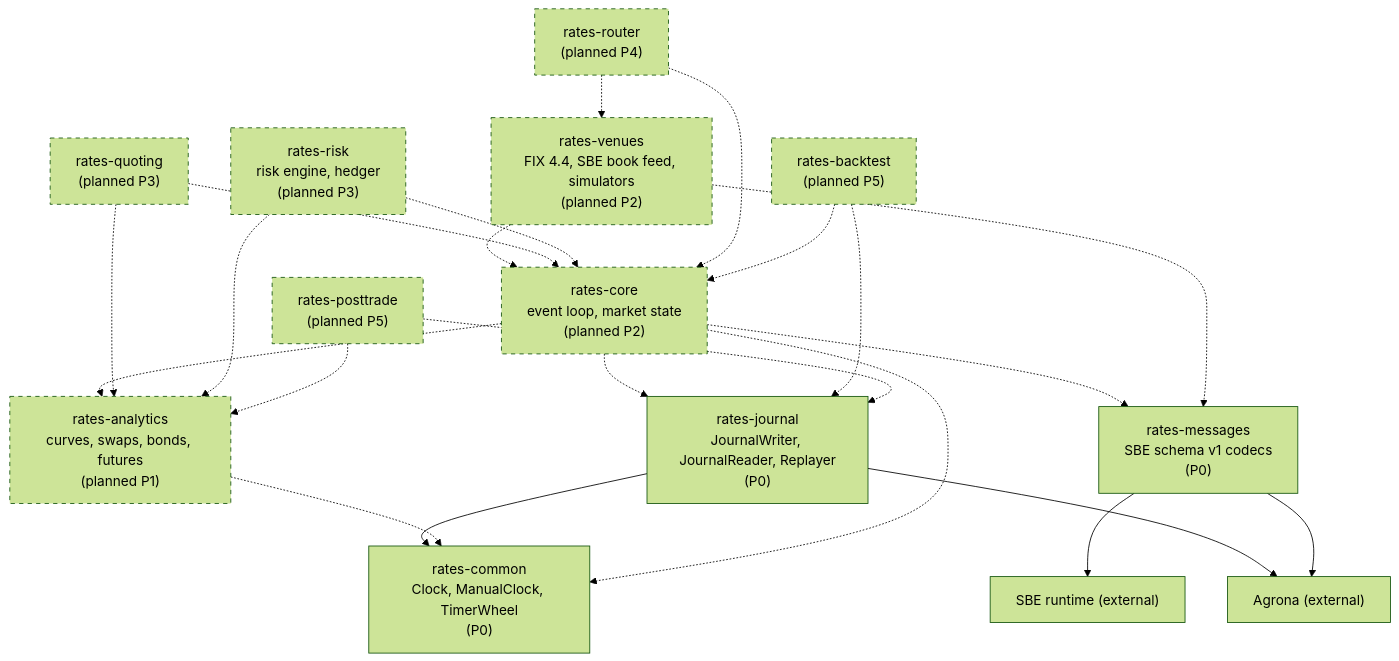
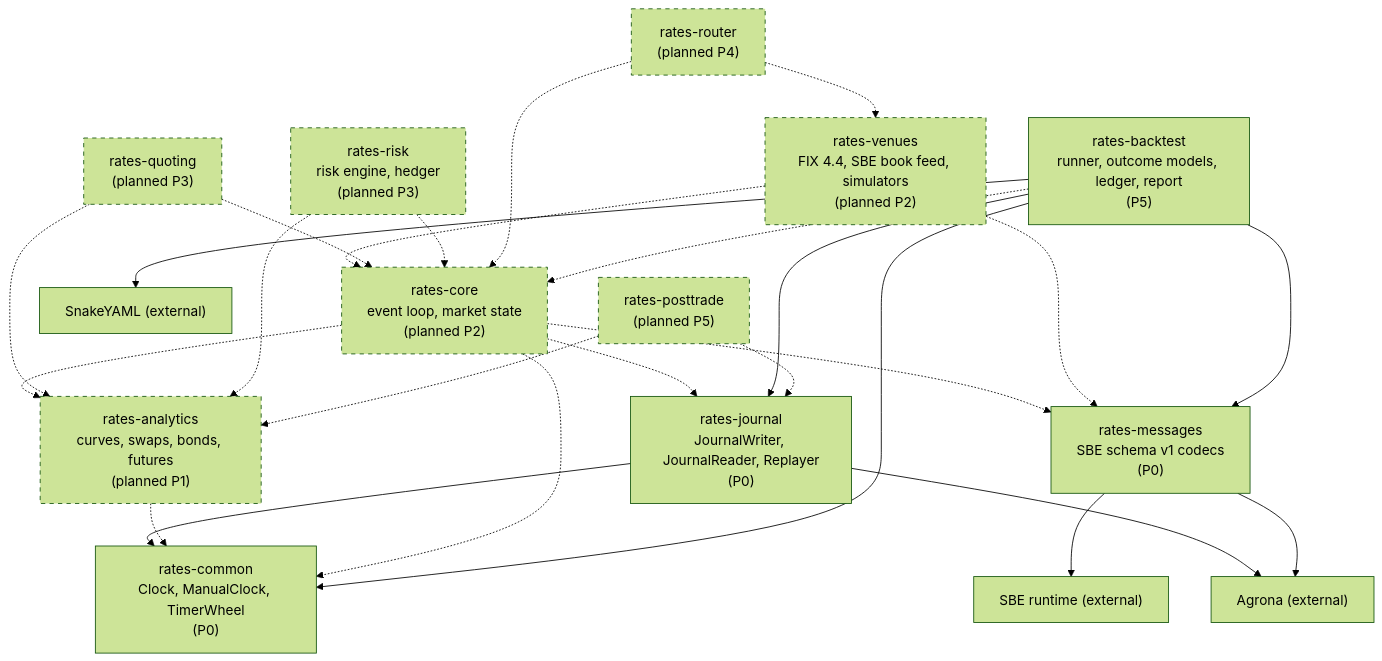
One commit to AshJha0/rates-algo-trading changed the diagram in docs/diagrams/module_deps.mmd. Above: the diagram before and after it, drawn with Mermaid (forest theme). The commit also changed 18 other files, not shown here.

Commit message:
docs(p5): LEARN 10, API_SPEC 16, architecture, decisions DR-P5-01..07, status, changelog, sources, weekly review template

```diff
--- a/docs/diagrams/module_deps.mmd
+++ b/docs/diagrams/module_deps.mmd
@@ -1,41 +1,45 @@
 graph TD
   common["rates-common<br/>Clock, ManualClock, TimerWheel<br/>(P0)"]
   messages["rates-messages<br/>SBE schema v1 codecs<br/>(P0)"]
   journal["rates-journal<br/>JournalWriter, JournalReader, Replayer<br/>(P0)"]
   agrona["Agrona (external)"]
   sbe["SBE runtime (external)"]
 
   analytics["rates-analytics<br/>curves, swaps, bonds, futures<br/>(planned P1)"]
   core["rates-core<br/>event loop, market state<br/>(planned P2)"]
   venues["rates-venues<br/>FIX 4.4, SBE book feed, simulators<br/>(planned P2)"]
   quoting["rates-quoting<br/>(planned P3)"]
   risk["rates-risk<br/>risk engine, hedger<br/>(planned P3)"]
   router["rates-router<br/>(planned P4)"]
-  backtest["rates-backtest<br/>(planned P5)"]
+  backtest["rates-backtest<br/>runner, outcome models, ledger, report<br/>(P5)"]
+  snakeyaml["SnakeYAML (external)"]
   posttrade["rates-posttrade<br/>(planned P5)"]
 
   journal --> common
   journal --> agrona
   messages --> sbe
   messages --> agrona
 
   analytics -.-> common
   core -.-> common
   core -.-> messages
   core -.-> journal
   core -.-> analytics
   venues -.-> messages
   venues -.-> core
   quoting -.-> core
   quoting -.-> analytics
   risk -.-> core
   risk -.-> analytics
   router -.-> core
   router -.-> venues
-  backtest -.-> journal
+  backtest --> journal
+  backtest --> messages
+  backtest --> common
+  backtest --> snakeyaml
   backtest -.-> core
   posttrade -.-> journal
   posttrade -.-> analytics
 
   classDef planned stroke-dasharray: 5 5
-  class analytics,core,venues,quoting,risk,router,backtest,posttrade planned
+  class analytics,core,venues,quoting,risk,router,posttrade planned
```
